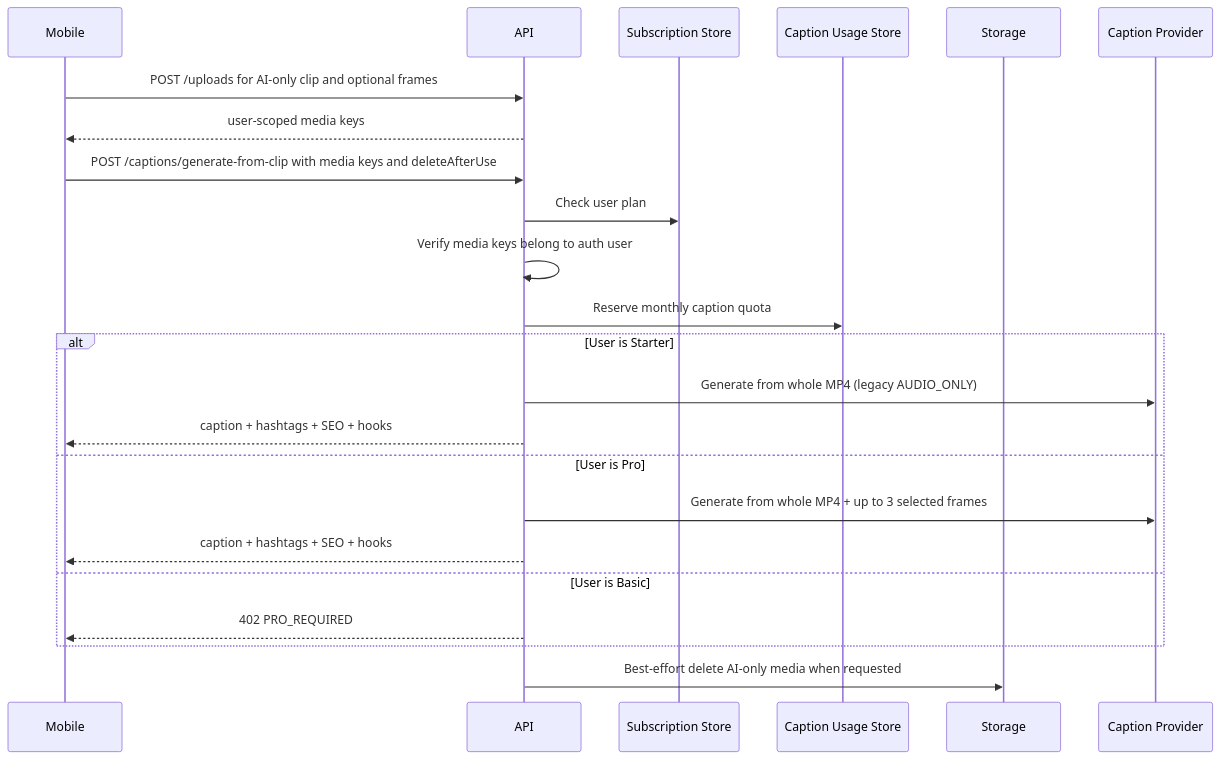
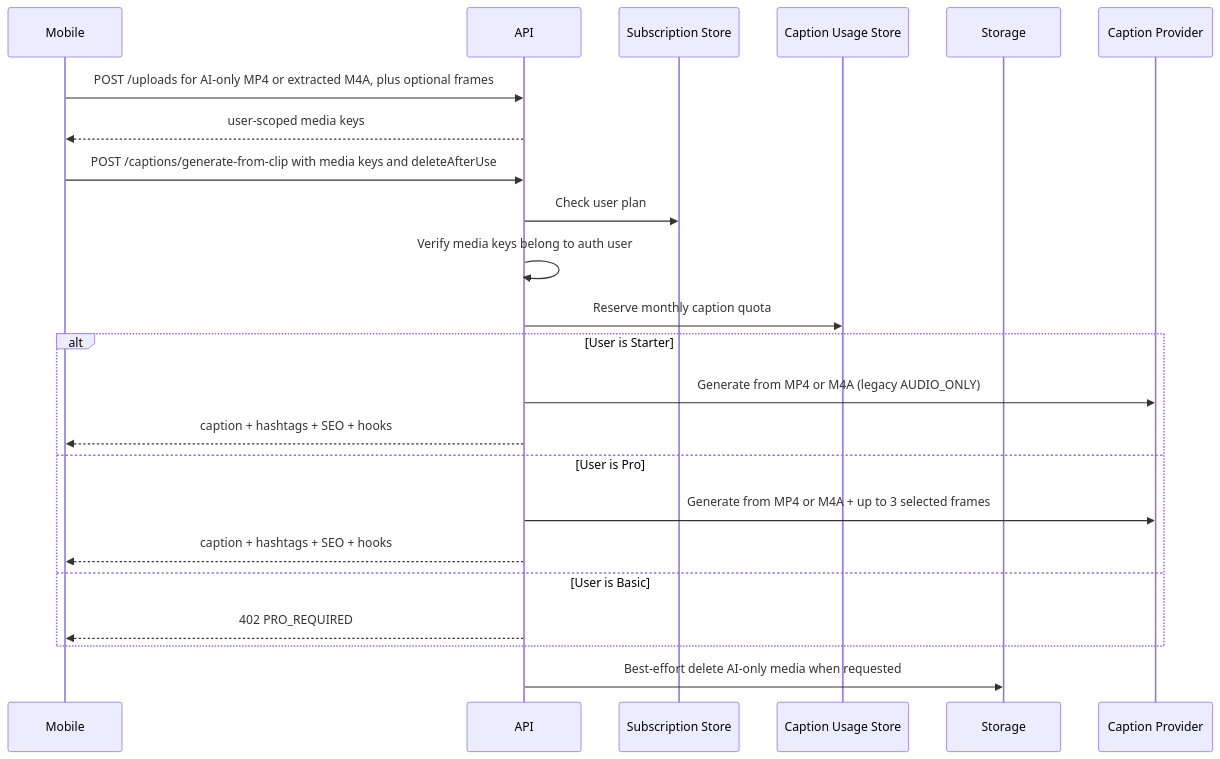
One commit to NOI56/PostDeeMobile changed the fifth of 8 diagrams in ARCHITECTURE.md. Above: the diagram before and after it, drawn with Mermaid. The commit also changed other lines of this file and 8 other files, not shown here.

````diff
--- a/ARCHITECTURE.md
+++ b/ARCHITECTURE.md
@@ -2768,26 +2775,26 @@
 ```mermaid
 sequenceDiagram
   participant M as Mobile
   participant A as API
   participant Sub as Subscription Store
   participant Usage as Caption Usage Store
   participant S as Storage
   participant AI as Caption Provider
 
-  M->>A: POST /uploads for AI-only clip and optional frames
+  M->>A: POST /uploads for AI-only MP4 or extracted M4A, plus optional frames
   A-->>M: user-scoped media keys
   M->>A: POST /captions/generate-from-clip with media keys and deleteAfterUse
   A->>Sub: Check user plan
   A->>A: Verify media keys belong to auth user
   A->>Usage: Reserve monthly caption quota
   alt User is Starter
-    A->>AI: Generate from whole MP4 (legacy AUDIO_ONLY)
+    A->>AI: Generate from MP4 or M4A (legacy AUDIO_ONLY)
     A-->>M: caption + hashtags + SEO + hooks
   else User is Pro
-    A->>AI: Generate from whole MP4 + up to 3 selected frames
+    A->>AI: Generate from MP4 or M4A + up to 3 selected frames
     A-->>M: caption + hashtags + SEO + hooks
   else User is Basic
     A-->>M: 402 PRO_REQUIRED
   end
   A->>S: Best-effort delete AI-only media when requested
 ```
````
